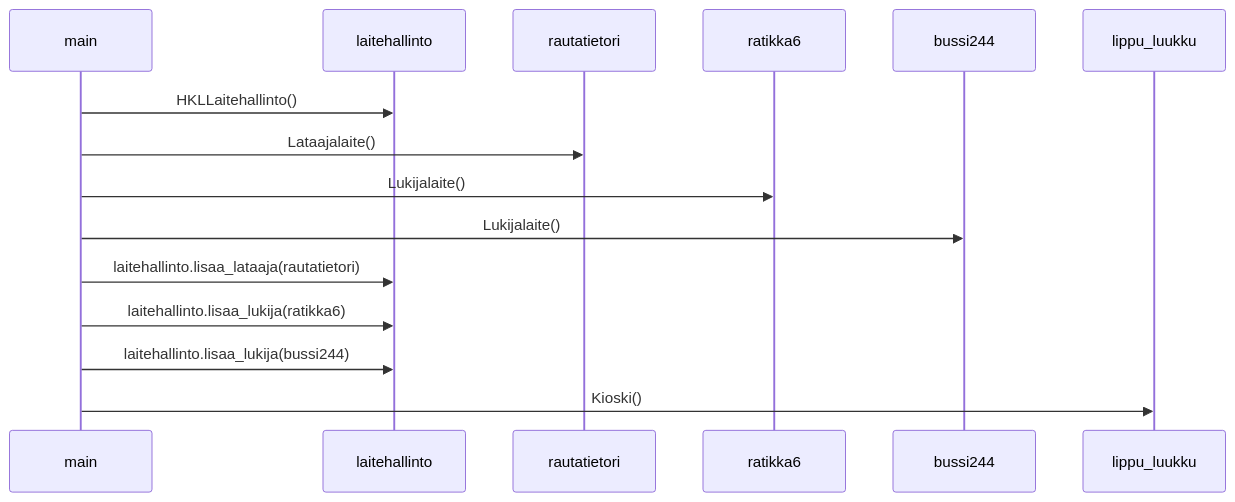
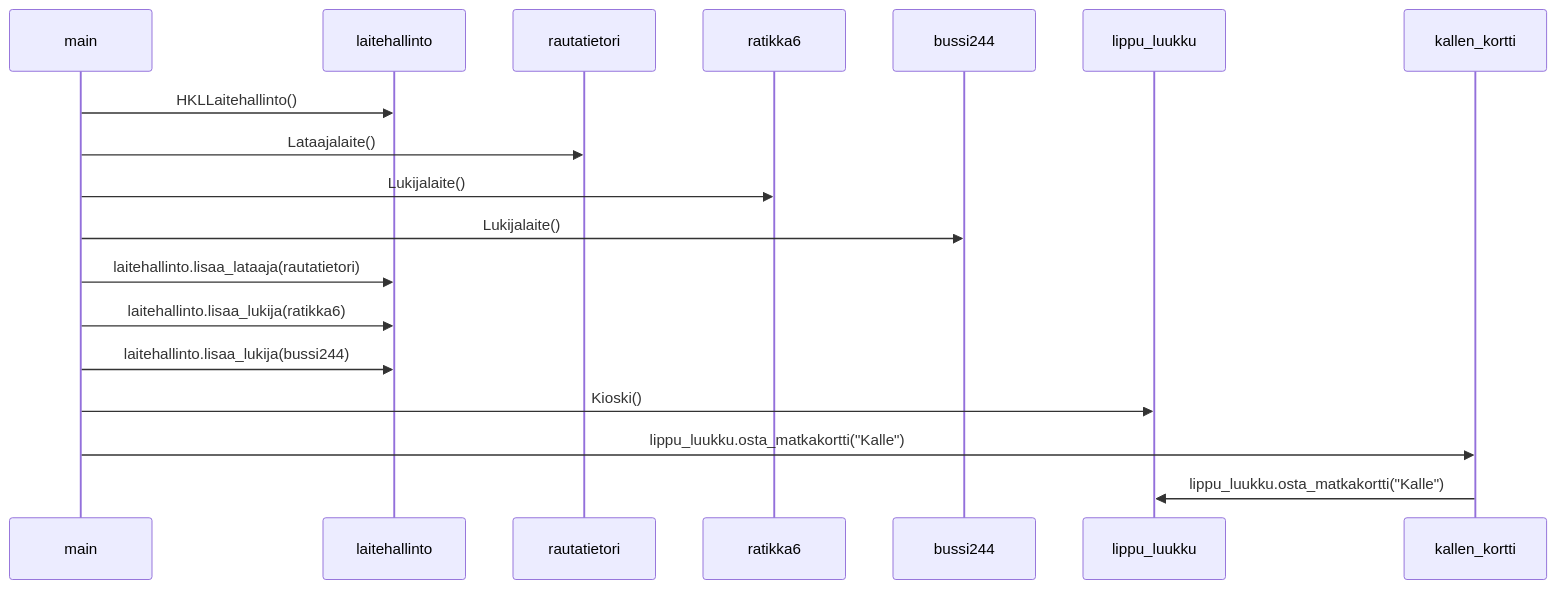
The diagram in laskarit/viikko3/teht_4_sekvenssikaavio.md (kodtld/TravelHub), drawn with Mermaid before and after one commit.

````diff
--- a/laskarit/viikko3/teht_4_sekvenssikaavio.md
+++ b/laskarit/viikko3/teht_4_sekvenssikaavio.md
@@ -1,12 +1,16 @@
 ```mermaid
  sequenceDiagram
      main->>laitehallinto: HKLLaitehallinto()
      main->>rautatietori : Lataajalaite()
      main->>ratikka6 : Lukijalaite()
      main->>bussi244 : Lukijalaite()
      main->>laitehallinto: laitehallinto.lisaa_lataaja(rautatietori)
      main->>laitehallinto: laitehallinto.lisaa_lukija(ratikka6)
      main->>laitehallinto: laitehallinto.lisaa_lukija(bussi244)
      main->>lippu_luukku: Kioski()
+     main->>kallen_kortti: lippu_luukku.osta_matkakortti("Kalle")
+     kallen_kortti->>lippu_luukku: lippu_luukku.osta_matkakortti("Kalle")
+     
+
 
 ```
````
